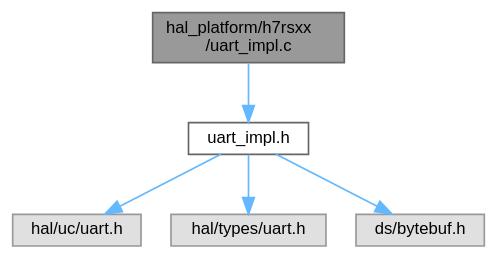
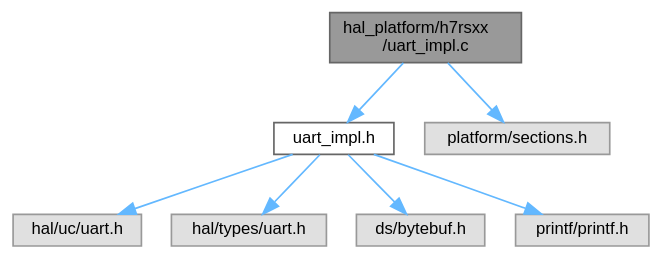
One commit to ebs-universe/piolib-hal-uc-stm32 changed the diagram in h7rsxx_2uart__impl_8c__incl.dot. Above: the diagram before and after it, drawn with Graphviz. The commit also changed 403 other files, not shown here.

```diff
--- a/h7rsxx_2uart__impl_8c__incl.dot
+++ b/h7rsxx_2uart__impl_8c__incl.dot
@@ -1,17 +1,21 @@
 digraph "hal_platform/h7rsxx/uart_impl.c"
 {
  // INTERACTIVE_SVG=YES
  // LATEX_PDF_SIZE
   bgcolor="transparent";
   edge [fontname=Helvetica,fontsize=10,labelfontname=Helvetica,labelfontsize=10];
   node [fontname=Helvetica,fontsize=10,shape=box,height=0.2,width=0.4];
   Node1 [id="Node000001",label="hal_platform/h7rsxx\l/uart_impl.c",height=0.2,width=0.4,color="gray40", fillcolor="grey60", style="filled", fontcolor="black",tooltip=" "];
   Node1 -> Node2 [id="edge1_Node000001_Node000002",color="steelblue1",style="solid",tooltip=" "];
   Node2 [id="Node000002",label="uart_impl.h",height=0.2,width=0.4,color="grey40", fillcolor="white", style="filled",URL="$h7rsxx_2uart__impl_8h.html",tooltip=" "];
   Node2 -> Node3 [id="edge2_Node000002_Node000003",color="steelblue1",style="solid",tooltip=" "];
   Node3 [id="Node000003",label="hal/uc/uart.h",height=0.2,width=0.4,color="grey60", fillcolor="#E0E0E0", style="filled",tooltip=" "];
   Node2 -> Node4 [id="edge3_Node000002_Node000004",color="steelblue1",style="solid",tooltip=" "];
   Node4 [id="Node000004",label="hal/types/uart.h",height=0.2,width=0.4,color="grey60", fillcolor="#E0E0E0", style="filled",tooltip=" "];
   Node2 -> Node5 [id="edge4_Node000002_Node000005",color="steelblue1",style="solid",tooltip=" "];
   Node5 [id="Node000005",label="ds/bytebuf.h",height=0.2,width=0.4,color="grey60", fillcolor="#E0E0E0", style="filled",tooltip=" "];
+  Node2 -> Node6 [id="edge5_Node000002_Node000006",color="steelblue1",style="solid",tooltip=" "];
+  Node6 [id="Node000006",label="printf/printf.h",height=0.2,width=0.4,color="grey60", fillcolor="#E0E0E0", style="filled",tooltip=" "];
+  Node1 -> Node7 [id="edge6_Node000001_Node000007",color="steelblue1",style="solid",tooltip=" "];
+  Node7 [id="Node000007",label="platform/sections.h",height=0.2,width=0.4,color="grey60", fillcolor="#E0E0E0", style="filled",tooltip=" "];
 }
```
